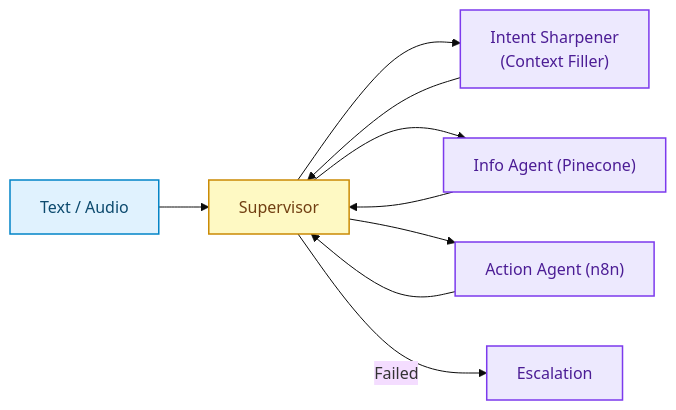
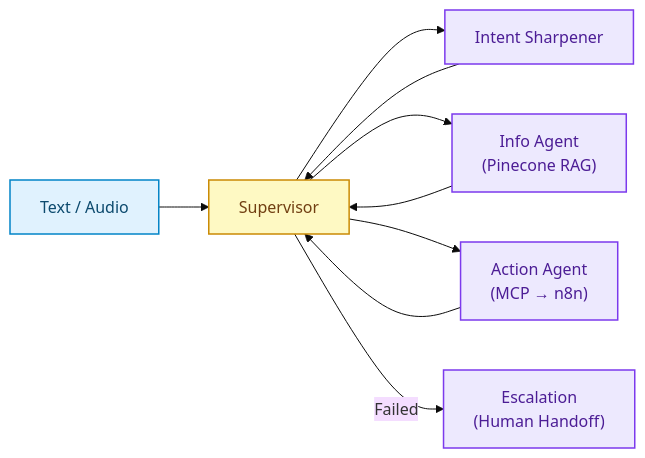
One commit to KadirGokdeniz/ActionFlow changed the diagram in README.md. Above: the diagram before and after it, drawn with Mermaid (base theme). The commit also changed other lines of this file, not shown here.

````diff
--- a/README.md
+++ b/README.md
@@ -79,27 +78,23 @@
 ```mermaid
 flowchart LR
     INPUT["Text / Audio"] --> SUP["Supervisor"]
 
-    SUP --> SHARP["Intent Sharpener<br/>(Context Filler)"]
+    SUP --> SHARP["Intent Sharpener"]
     SHARP --> SUP
 
-    SUP --> INFO["Info Agent (Pinecone)"]
+    SUP --> INFO["Info Agent<br/>(Pinecone RAG)"]
     INFO --> SUP
 
-    SUP --> ACT["Action Agent (n8n)"]
+    SUP --> ACT["Action Agent<br/>(MCP → n8n)"]
     ACT --> SUP
 
-    SUP -->| Failed| ESC["Escalation"]
+    SUP -->|Failed| ESC["Escalation<br/>(Human Handoff)"]
 
     classDef input fill:#e0f2fe,stroke:#0284c7,stroke-width:1.5px,color:#0c4a6e
     classDef routing fill:#fef9c3,stroke:#ca8a04,stroke-width:1.5px,color:#713f12
     classDef agent fill:#ede9fe,stroke:#7c3aed,stroke-width:1.5px,color:#4c1d95
-    classDef tool fill:#cffafe,stroke:#0891b2,stroke-width:1.5px,color:#155e75
-    classDef output fill:#dcfce7,stroke:#16a34a,stroke-width:1.5px,color:#14532d
 
     class INPUT input
     class SUP routing
     class SHARP,INFO,ACT,ESC agent
-    class DB,MCP,HUM tool
-    class OUT1,OUT2,OUT3 output
 ```
````
